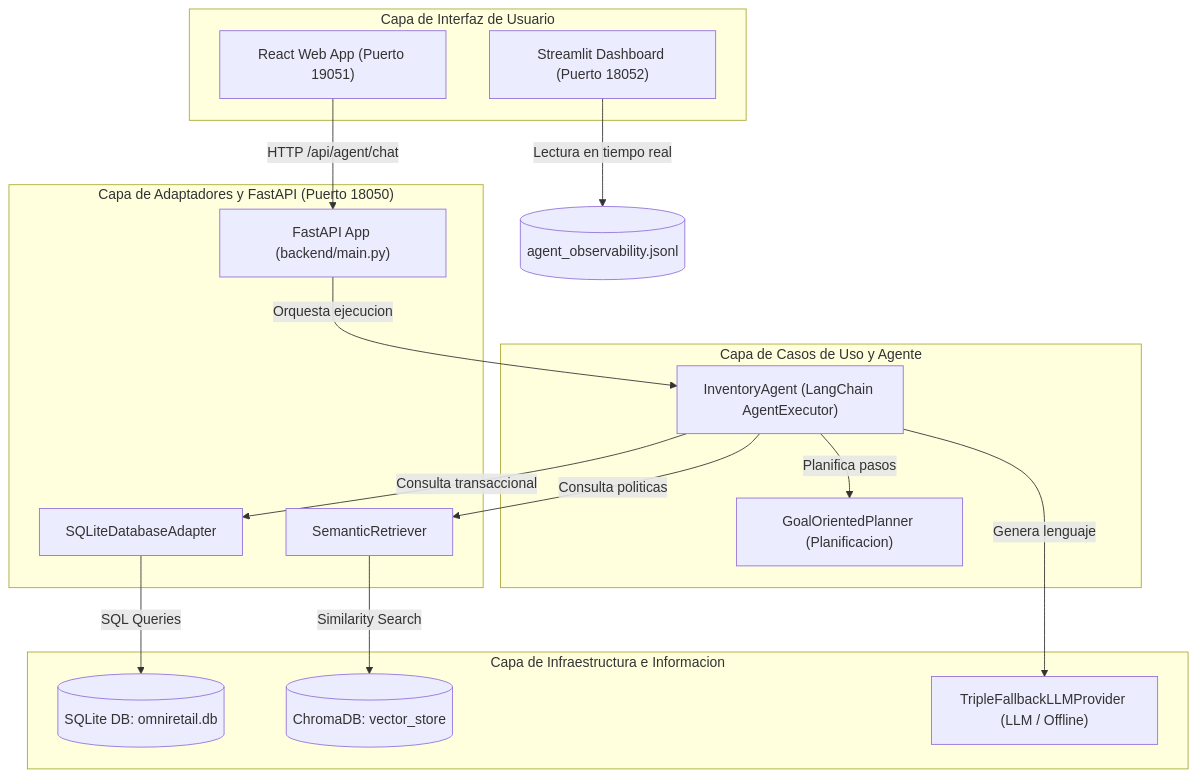
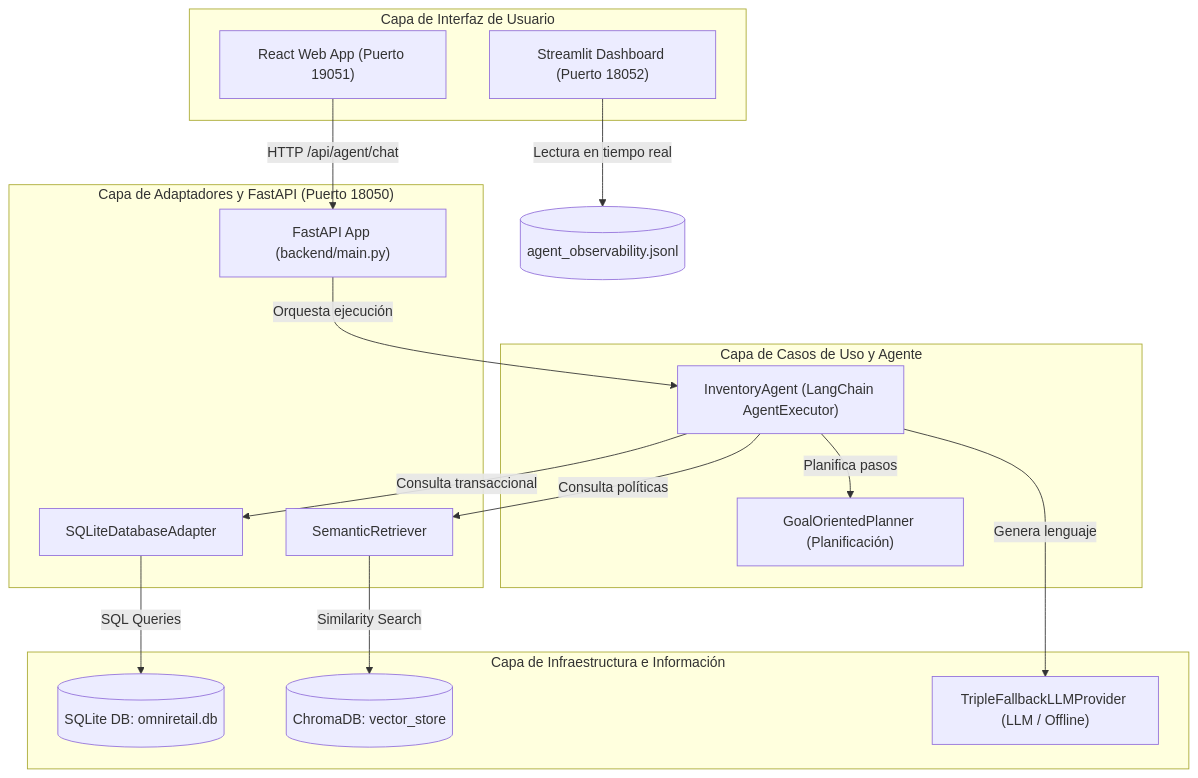
The diagram in docs/Informe_Final_EFT.md (HecAguilaV/SolucionesIA), drawn with Mermaid before and after one commit. The commit also changed other lines of this file, not shown here.

````diff
--- a/docs/Informe_Final_EFT.md
+++ b/docs/Informe_Final_EFT.md
@@ -43,34 +36,34 @@
 ```mermaid
 graph TD
     subgraph UI ["Capa de Interfaz de Usuario"]
         React["React Web App (Puerto 19051)"]
         Streamlit["Streamlit Dashboard (Puerto 18052)"]
     end
 
     subgraph Backend ["Capa de Adaptadores y FastAPI (Puerto 18050)"]
         API["FastAPI App (backend/main.py)"]
         RAG["SemanticRetriever"]
         DB["SQLiteDatabaseAdapter"]
     end
 
     subgraph Core ["Capa de Casos de Uso y Agente"]
         Agent["InventoryAgent (LangChain AgentExecutor)"]
-        Planner["GoalOrientedPlanner (Planificacion)"]
+        Planner["GoalOrientedPlanner (Planificación)"]
     end
 
-    subgraph Data ["Capa de Infraestructura e Informacion"]
+    subgraph Data ["Capa de Infraestructura e Información"]
         SQLite[(SQLite DB: omniretail.db)]
         Chroma[(ChromaDB: vector_store)]
         LLM["TripleFallbackLLMProvider (LLM / Offline)"]
     end
 
     React -->|HTTP /api/agent/chat| API
     Streamlit -->|Lectura en tiempo real| Log[(agent_observability.jsonl)]
-    API -->|Orquesta ejecucion| Agent
+    API -->|Orquesta ejecución| Agent
     Agent -->|Planifica pasos| Planner
-    Agent -->|Consulta politicas| RAG
+    Agent -->|Consulta políticas| RAG
     Agent -->|Consulta transaccional| DB
     Agent -->|Genera lenguaje| LLM
     RAG -->|Similarity Search| Chroma
     DB -->|SQL Queries| SQLite
 ```
````
